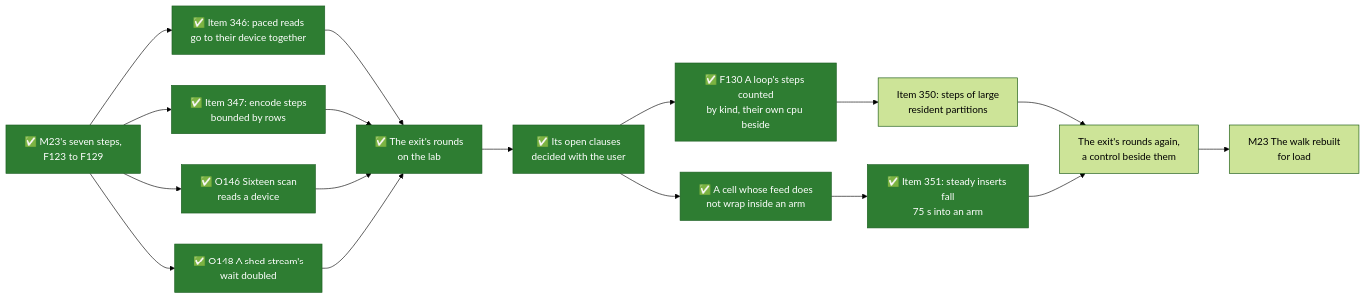
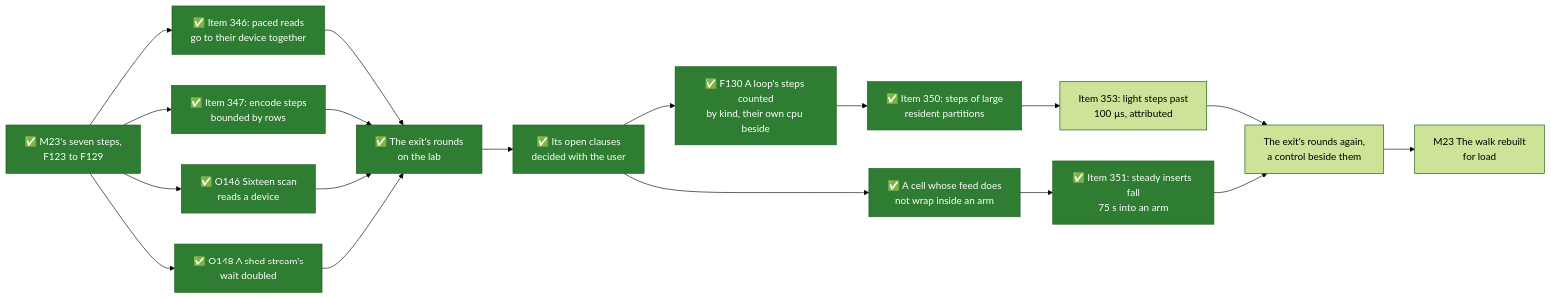
One commit to mjcarson/shoal changed the third of 5 diagrams in docs/src/future-work/scans/whats-left-todo.md. Above: the diagram before and after it, drawn with Mermaid (forest theme). The commit also changed other lines of this file and 19 other files, not shown here.

````diff
--- a/docs/src/future-work/scans/whats-left-todo.md
+++ b/docs/src/future-work/scans/whats-left-todo.md
@@ -161,25 +163,26 @@
 ```mermaid
 flowchart LR
     classDef done fill:#2e7d32,stroke:#1b5e20,color:#ffffff
     Steps["✅ M23's seven steps,<br>F123 to F129"]:::done
     I346["✅ Item 346: paced reads<br>go to their device together"]:::done
     I347["✅ Item 347: encode steps<br>bounded by rows"]:::done
     O146["✅ O146 Sixteen scan<br>reads a device"]:::done
     O148["✅ O148 A shed stream's<br>wait doubled"]:::done
     Exit["✅ The exit's rounds<br>on the lab"]:::done
     Decided["✅ Its open clauses<br>decided with the user"]:::done
     Count["✅ F130 A loop's steps counted<br>by kind, their own cpu beside"]:::done
-    I350["Item 350: steps of large<br>resident partitions"]
+    I350["✅ Item 350: steps of large<br>resident partitions"]:::done
+    I353["Item 353: light steps past<br>100 µs, attributed"]
     Cell["✅ A cell whose feed does<br>not wrap inside an arm"]:::done
     I351["✅ Item 351: steady inserts fall<br>75 s into an arm"]:::done
     Again["The exit's rounds again,<br>a control beside them"]
     M23["M23 The walk rebuilt<br>for load"]
     Steps --> I346 --> Exit
     Steps --> I347 --> Exit
     Steps --> O146 --> Exit
     Steps --> O148 --> Exit
     Exit --> Decided
-    Decided --> Count --> I350 --> Again
+    Decided --> Count --> I350 --> I353 --> Again
     Decided --> Cell --> I351 --> Again
     Again --> M23
 ```
````
